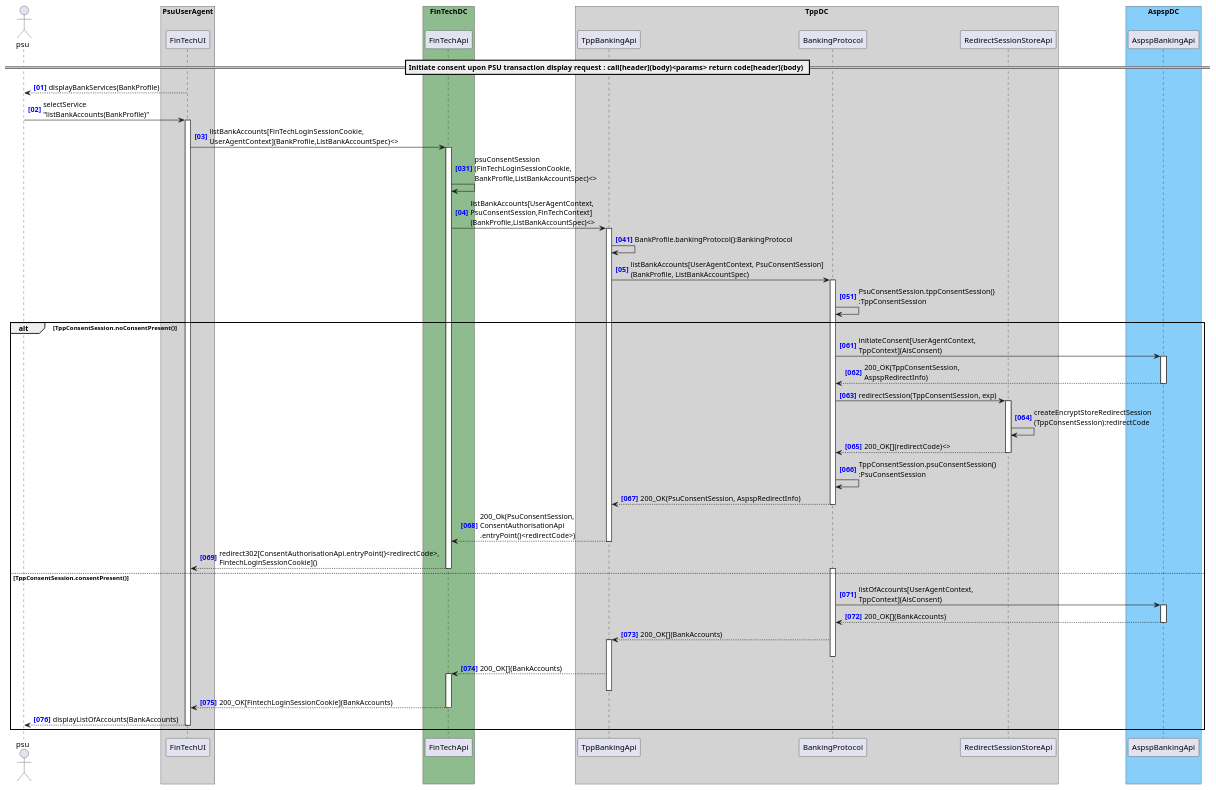
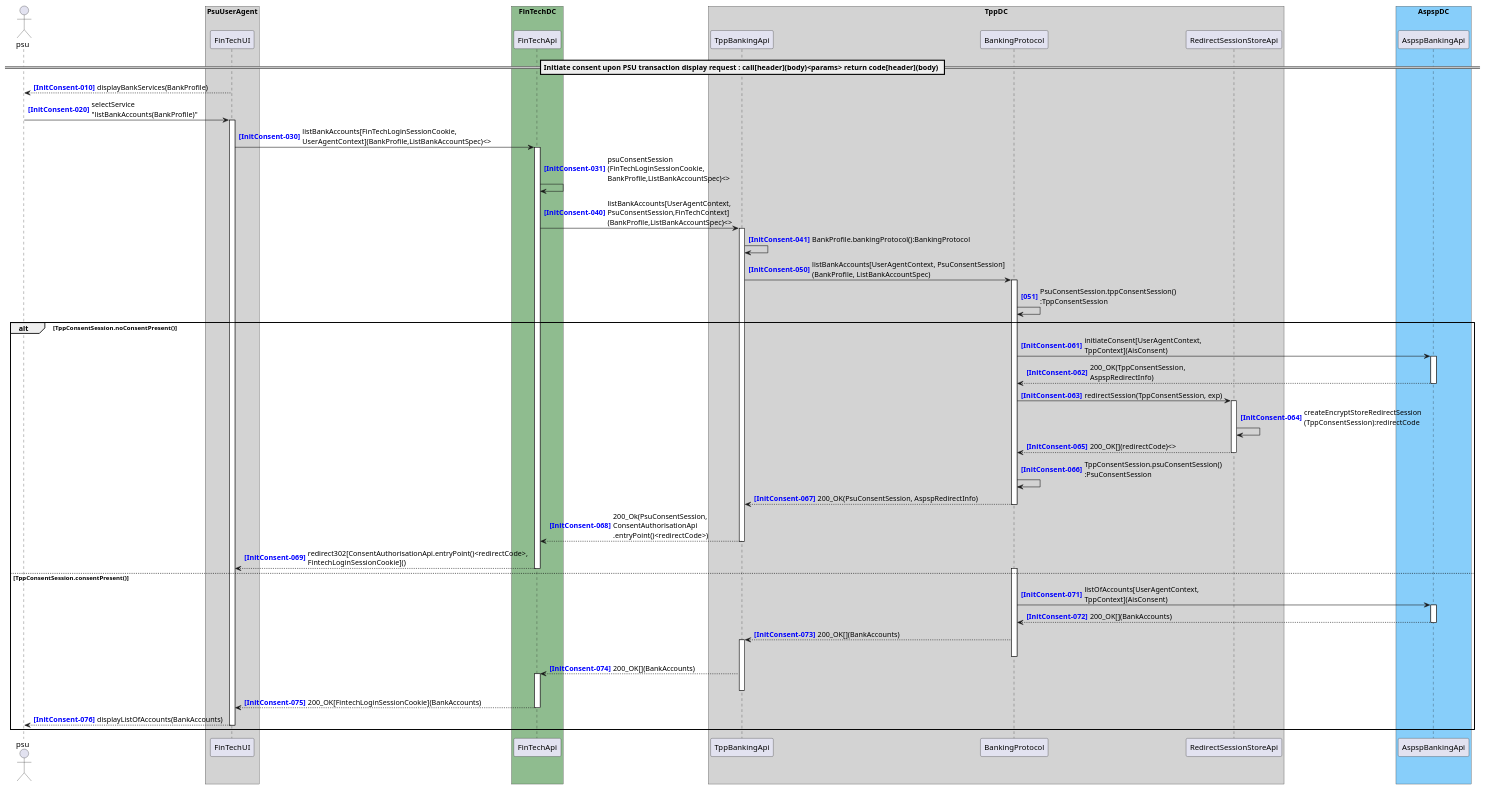
Before and after one commit to adorsys/open-banking-gateway: the diagram in docs/architecture/diagrams/useCases/4-initiateAisConsent.puml, drawn with PlantUML. The commit also changed 15 other files, not shown here.

```diff
--- a/docs/architecture/diagrams/useCases/4-initiateAisConsent.puml
+++ b/docs/architecture/diagrams/useCases/4-initiateAisConsent.puml
@@ -1,67 +1,67 @@
 @startuml
 
-autonumber "<b><color blue>[00]"
+autonumber 10 10 "<b><color blue>[InitConsent-000]</color></b>"
 actor psu
 
 box "PsuUserAgent" #LightGray
     participant "FinTechUI" as FinTechUI
     'participant "ConsentAuthorisationUI" as ConsentAuthorisationUI
     'participant "OnlineBankingUI" as OnlineBankingUI
 end box
 box "FinTechDC" #DarkSeaGreen
     participant "FinTechApi" as FinTechApi
 end box
 box "TppDC" #LightGray
     participant "TppBankingApi" as TppBankingApi
     'participant "TppBankSearchApi" as TppBankSearchApi
     'participant "ConsentAuthorisationApi" as ConsentAuthorisationApi
 
     participant "BankingProtocol" as BankingProtocol
     participant "RedirectSessionStoreApi" as RedirectSessionStoreApi
 end box
 box "AspspDC" #LightSkyBlue
 	participant "AspspBankingApi" as AspspBankingApi
     'participant "OnlineBankingApi" as OnlineBankingApi
 end box
 
 == Initiate consent upon PSU transaction display request : call[header](body)<params> return code[header](body) ==
 
 FinTechUI --> psu : displayBankServices(BankProfile)
 psu -> FinTechUI ++ : selectService\n"listBankAccounts(BankProfile)"
 FinTechUI -> FinTechApi ++ : listBankAccounts[FinTechLoginSessionCookie,\nUserAgentContext](BankProfile,ListBankAccountSpec)<>
-autonumber 31 1 "<b><color blue>[000]"
+autonumber 31 1 "<b><color blue>[InitConsent-000]"
 FinTechApi -> FinTechApi : psuConsentSession\n(FinTechLoginSessionCookie,\nBankProfile,ListBankAccountSpec)<>
-autonumber 4 1 "<b><color blue>[00]"
+autonumber 40 1 "<b><color blue>[InitConsent-000]"
 FinTechApi -> TppBankingApi ++ : listBankAccounts[UserAgentContext,\nPsuConsentSession,FinTechContext]\n(BankProfile,ListBankAccountSpec)<>
-autonumber 41 1 "<b><color blue>[000]"
+autonumber 41 1 "<b><color blue>[InitConsent-000]"
 TppBankingApi -> TppBankingApi : BankProfile.bankingProtocol():BankingProtocol
-autonumber 5 1 "<b><color blue>[00]"
+autonumber 50 1 "<b><color blue>[InitConsent-000]"
 TppBankingApi -> BankingProtocol ++ : listBankAccounts[UserAgentContext, PsuConsentSession]\n(BankProfile, ListBankAccountSpec) 
 
 autonumber 51 1 "<b><color blue>[000]"
 BankingProtocol -> BankingProtocol : PsuConsentSession.tppConsentSession()\n:TppConsentSession
 alt TppConsentSession.noConsentPresent()
-    autonumber 61 1 "<b><color blue>[000]"
+    autonumber 61 1 "<b><color blue>[InitConsent-000]"
     BankingProtocol -> AspspBankingApi ++ : initiateConsent[UserAgentContext,\nTppContext](AisConsent) 
     return 200_OK(TppConsentSession,\nAspspRedirectInfo)
     BankingProtocol -> RedirectSessionStoreApi ++ : redirectSession(TppConsentSession, exp)
     RedirectSessionStoreApi -> RedirectSessionStoreApi : createEncryptStoreRedirectSession\n(TppConsentSession):redirectCode
     return 200_OK[](redirectCode)<>
     BankingProtocol -> BankingProtocol : TppConsentSession.psuConsentSession()\n:PsuConsentSession
     return 200_OK(PsuConsentSession, AspspRedirectInfo)
     return 200_Ok(PsuConsentSession,\nConsentAuthorisationApi\n.entryPoint()<redirectCode>)
     return redirect302[ConsentAuthorisationApi.entryPoint()<redirectCode>,\nFintechLoginSessionCookie]()
 else TppConsentSession.consentPresent()
-    autonumber 71 1 "<b><color blue>[000]"
+    autonumber 71 1 "<b><color blue>[InitConsent-000]"
     activate BankingProtocol
     BankingProtocol -> AspspBankingApi ++ : listOfAccounts[UserAgentContext,\nTppContext](AisConsent) 
     return 200_OK[](BankAccounts)
     BankingProtocol --> TppBankingApi ++: 200_OK[](BankAccounts)
     deactivate BankingProtocol
     TppBankingApi --> FinTechApi ++ : 200_OK[](BankAccounts)
     deactivate TppBankingApi
     FinTechApi --> FinTechUI : 200_OK[FintechLoginSessionCookie](BankAccounts)
     deactivate FinTechApi
     return displayListOfAccounts(BankAccounts)
 end
 @enduml
```
